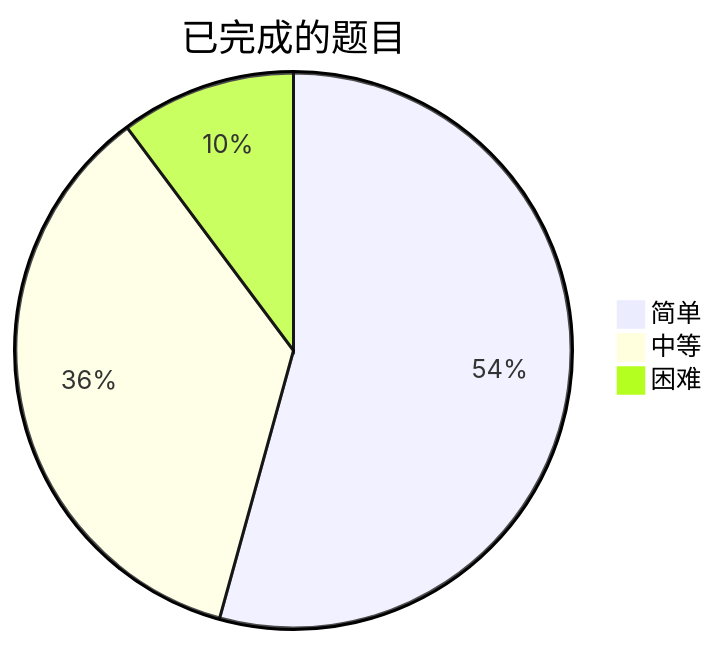
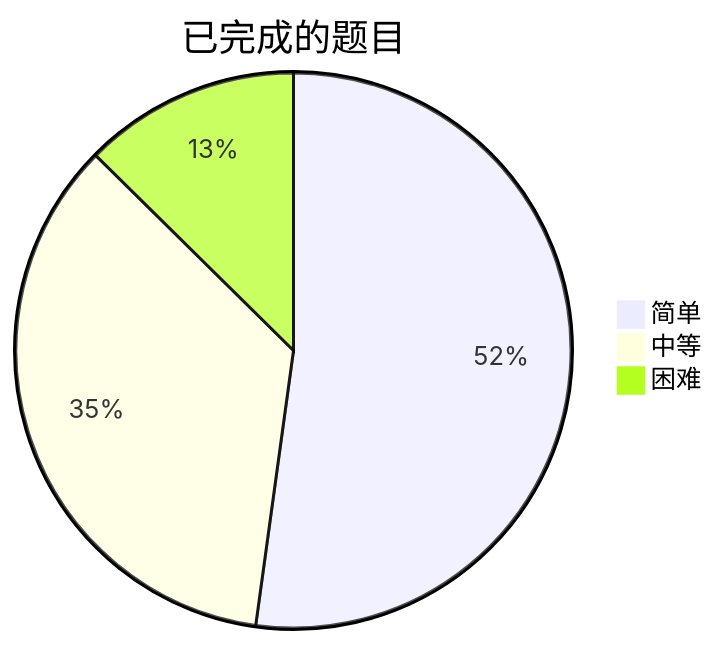
The diagram in README.md (kaisa911/LeetCode), drawn with Mermaid before and after one commit. The commit also changed other lines of this file and 13 other files, not shown here.

````diff
--- a/README.md
+++ b/README.md
@@ -8,7 +9,7 @@
 ```mermaid
 pie title 已完成的题目
-    "简单" : 133
-    "中等" : 87
-    "困难" : 25
+    "简单" : 120
+    "中等" : 81
+    "困难" : 29
 
 ```
````
